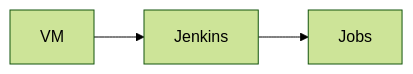
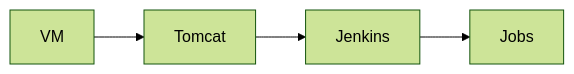
The diagram in README.md (T4nnie/Jenkins), drawn with Mermaid (forest theme) before and after one commit. The commit also changed other lines of this file and 1 other file, not shown here.

````diff
--- a/README.md
+++ b/README.md
@@ -27,5 +27,6 @@
 ```mermaid
 graph LR;
-  VM-->Jenkins;
+  VM-->Tomcat;
+  Tomcat-->Jenkins;
   Jenkins-->Jobs
 ```
````
